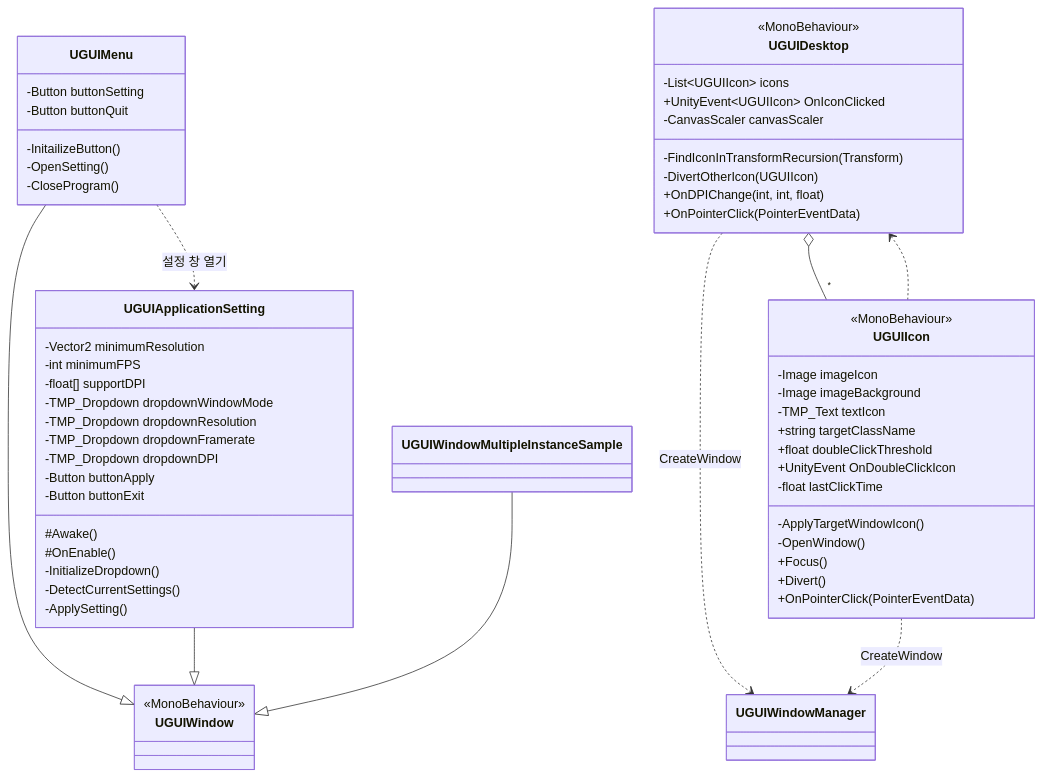
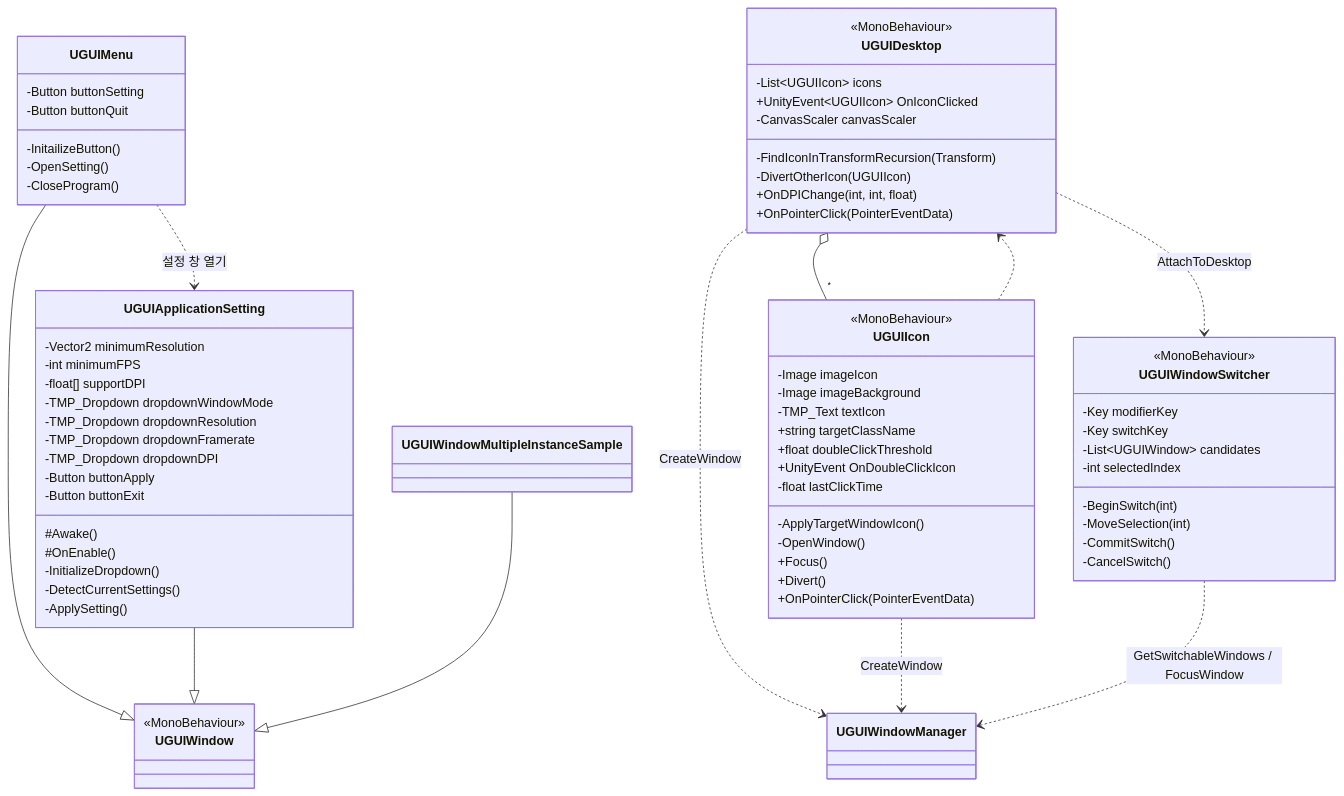
One commit to ThunderVolt45/UGUI-Window-Sample changed the diagram in docs/class-diagram/Sample.md. Above: the diagram before and after it, drawn with Mermaid. The commit also changed other lines of this file and 11 other files, not shown here.

````diff
--- a/docs/class-diagram/Sample.md
+++ b/docs/class-diagram/Sample.md
@@ -41,6 +41,18 @@
     class UGUIWindowMultipleInstanceSample {
     }
 
+    class UGUIWindowSwitcher {
+        <<MonoBehaviour>>
+        -Key modifierKey
+        -Key switchKey
+        -List~UGUIWindow~ candidates
+        -int selectedIndex
+        -BeginSwitch(int)
+        -MoveSelection(int)
+        -CommitSwitch()
+        -CancelSwitch()
+    }
+
     class UGUIDesktop {
         <<MonoBehaviour>>
         -List~UGUIIcon~ icons
@@ -75,6 +87,8 @@
     UGUIDesktop o-- "*" UGUIIcon
     UGUIIcon ..> UGUIDesktop
     UGUIDesktop ..> UGUIWindowManager : CreateWindow
+    UGUIDesktop ..> UGUIWindowSwitcher : AttachToDesktop
     UGUIIcon ..> UGUIWindowManager : CreateWindow
+    UGUIWindowSwitcher ..> UGUIWindowManager : GetSwitchableWindows / FocusWindow
     UGUIMenu ..> UGUIApplicationSetting : 설정 창 열기
 ```
````
